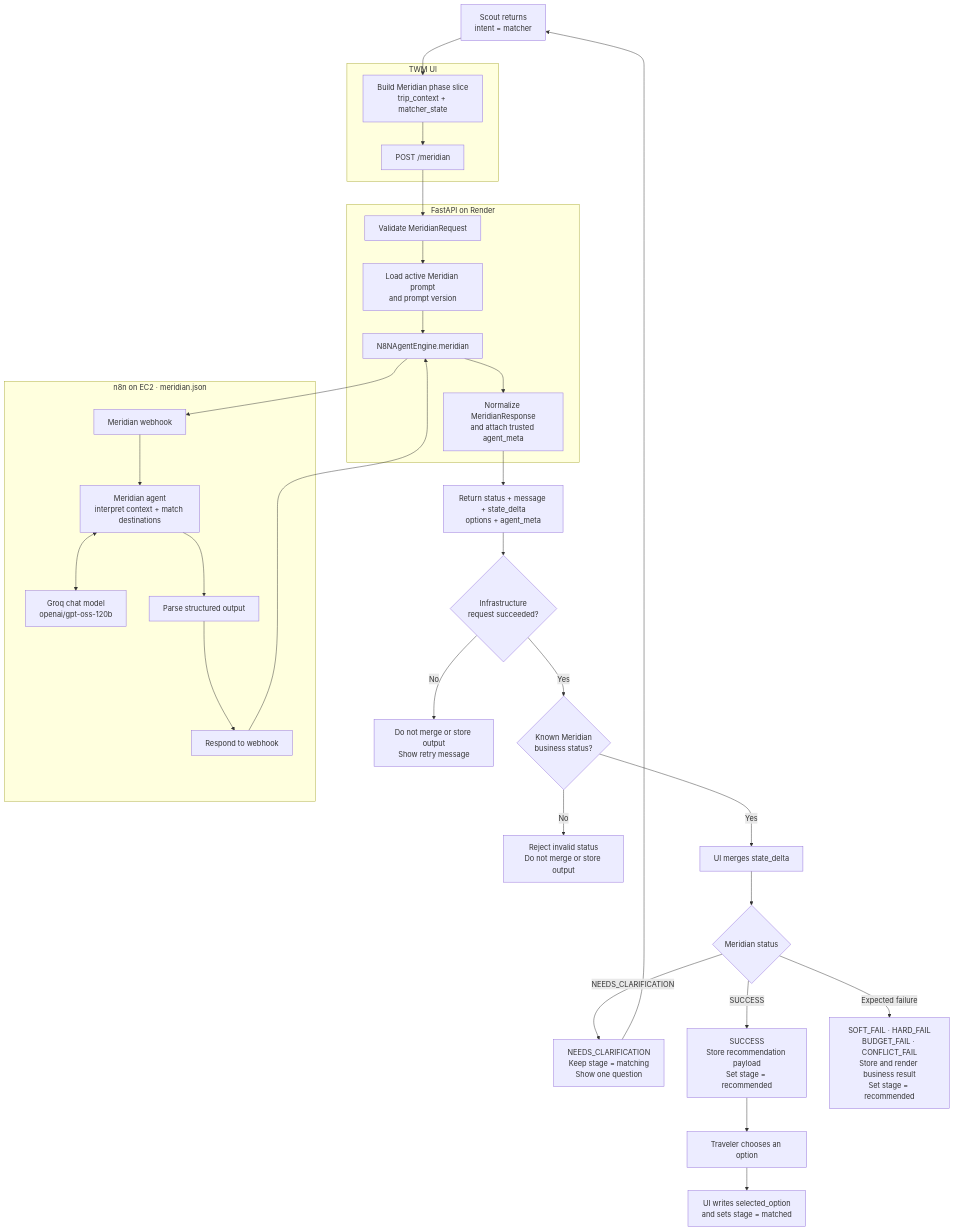
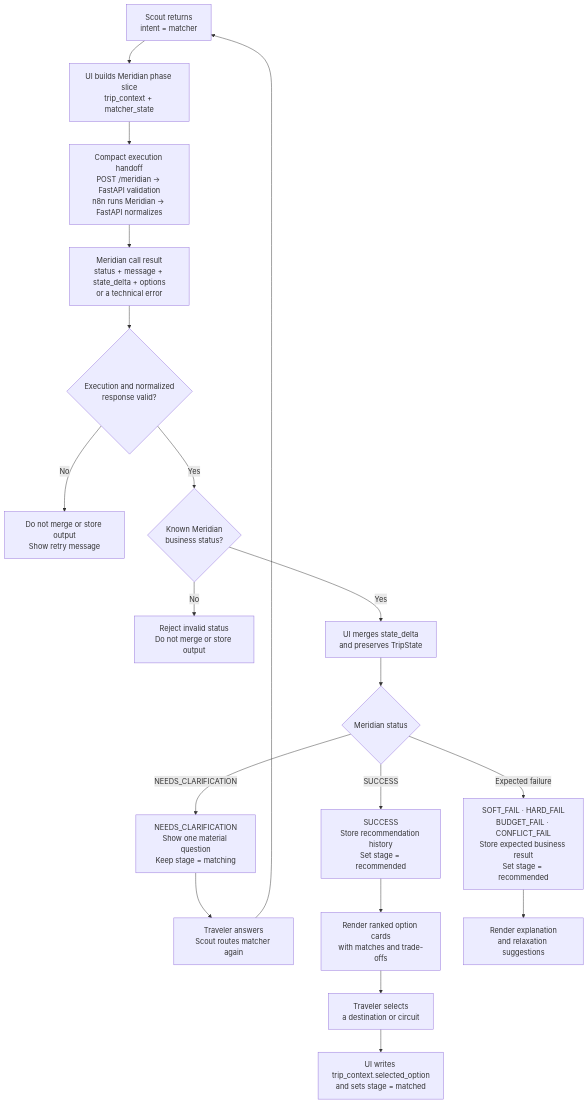
Before and after one commit to agarwalnaina1496/TWM_Docs: the diagram in trip-matcher/README.md, drawn with Mermaid.

Commit message:
Refocus Trip Matcher diagram on outcomes (TWM-29)

````diff
--- a/trip-matcher/README.md
+++ b/trip-matcher/README.md
@@ -20,53 +20,32 @@
 ```mermaid
 flowchart TB
     Start["Scout returns<br/>intent = matcher"]
+    Build["UI builds Meridian phase slice<br/>trip_context + matcher_state"]
+    Handoff["Compact execution handoff<br/>POST /meridian → FastAPI validation<br/>n8n runs Meridian → FastAPI normalizes"]
+    Result["Meridian call result<br/>status + message + state_delta + options<br/>or a technical error"]
 
-    subgraph UI["TWM UI"]
-        Build["Build Meridian phase slice<br/>trip_context + matcher_state"]
-        Call["POST /meridian"]
-    end
-
-    subgraph API["FastAPI on Render"]
-        Route["Validate MeridianRequest"]
-        Prompt["Load active Meridian prompt<br/>and prompt version"]
-        Engine["N8NAgentEngine.meridian"]
-        Normalize["Normalize MeridianResponse<br/>and attach trusted agent_meta"]
-    end
-
-    subgraph Runtime["n8n on EC2 · meridian.json"]
-        Webhook["Meridian webhook"]
-        Agent["Meridian agent<br/>interpret context + match destinations"]
-        Model["Groq chat model<br/>openai/gpt-oss-120b"]
-        Parser["Parse structured output"]
-        Respond["Respond to webhook"]
-
-        Webhook --> Agent
-        Agent <--> Model
-        Agent --> Parser --> Respond
-    end
-
-    Response["Return status + message + state_delta<br/>options + agent_meta"]
-    Infrastructure{"Infrastructure<br/>request succeeded?"}
+    Infrastructure{"Execution and normalized<br/>response valid?"}
     Retry["Do not merge or store output<br/>Show retry message"]
     BusinessStatus{"Known Meridian<br/>business status?"}
     Invalid["Reject invalid status<br/>Do not merge or store output"]
-    Merge["UI merges state_delta"]
+    Merge["UI merges state_delta<br/>and preserves TripState"]
     Status{"Meridian status"}
-    Clarify["NEEDS_CLARIFICATION<br/>Keep stage = matching<br/>Show one question"]
-    Recommendation["SUCCESS<br/>Store recommendation payload<br/>Set stage = recommended"]
-    Failure["SOFT_FAIL · HARD_FAIL<br/>BUDGET_FAIL · CONFLICT_FAIL<br/>Store and render business result<br/>Set stage = recommended"]
-    Select["Traveler chooses an option"]
-    Matched["UI writes selected_option<br/>and sets stage = matched"]
+    Clarify["NEEDS_CLARIFICATION<br/>Show one material question<br/>Keep stage = matching"]
+    Answer["Traveler answers<br/>Scout routes matcher again"]
+    Recommendation["SUCCESS<br/>Store recommendation history<br/>Set stage = recommended"]
+    Cards["Render ranked option cards<br/>with matches and trade-offs"]
+    Failure["SOFT_FAIL · HARD_FAIL<br/>BUDGET_FAIL · CONFLICT_FAIL<br/>Store expected business result<br/>Set stage = recommended"]
+    Explain["Render explanation<br/>and relaxation suggestions"]
+    Select["Traveler selects<br/>a destination or circuit"]
+    Matched["UI writes trip_context.selected_option<br/>and sets stage = matched"]
 
-    Start --> Build --> Call --> Route --> Prompt --> Engine
-    Engine --> Webhook
-    Respond --> Engine --> Normalize --> Response --> Infrastructure
+    Start --> Build --> Handoff --> Result --> Infrastructure
 
     Infrastructure -->|No| Retry
     Infrastructure -->|Yes| BusinessStatus
     BusinessStatus -->|No| Invalid
     BusinessStatus -->|Yes| Merge --> Status
-    Status -->|NEEDS_CLARIFICATION| Clarify --> Start
-    Status -->|SUCCESS| Recommendation --> Select --> Matched
-    Status -->|Expected failure| Failure
+    Status -->|NEEDS_CLARIFICATION| Clarify --> Answer --> Start
+    Status -->|SUCCESS| Recommendation --> Cards --> Select --> Matched
+    Status -->|Expected failure| Failure --> Explain
 ```
````
